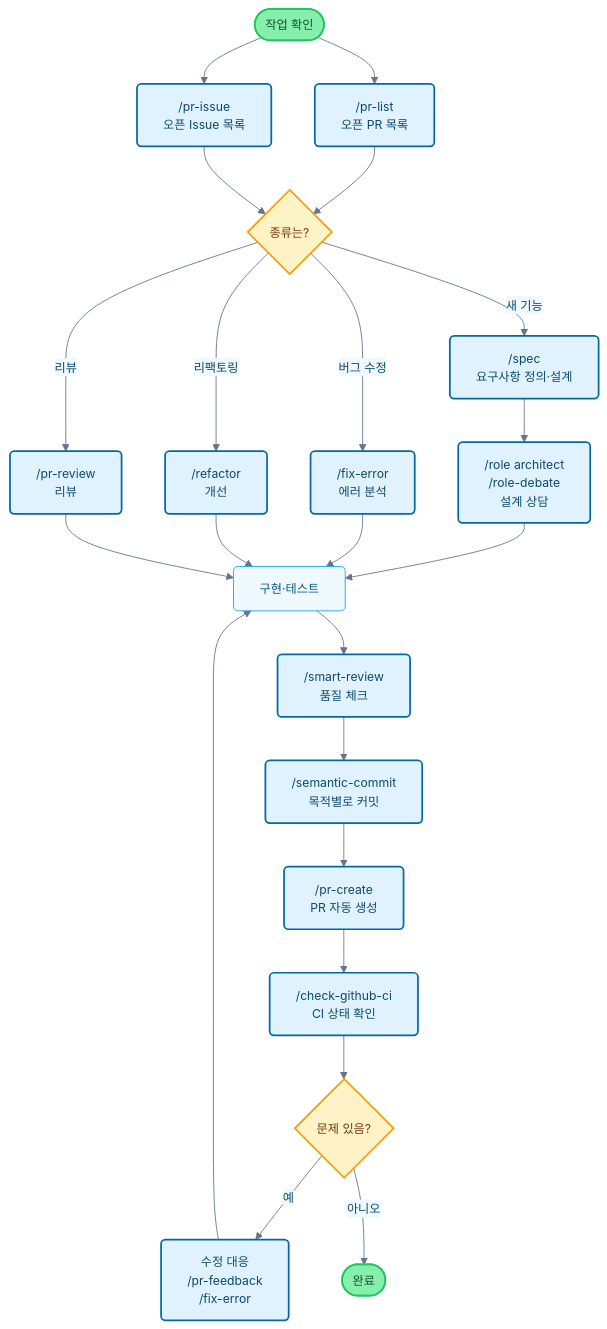
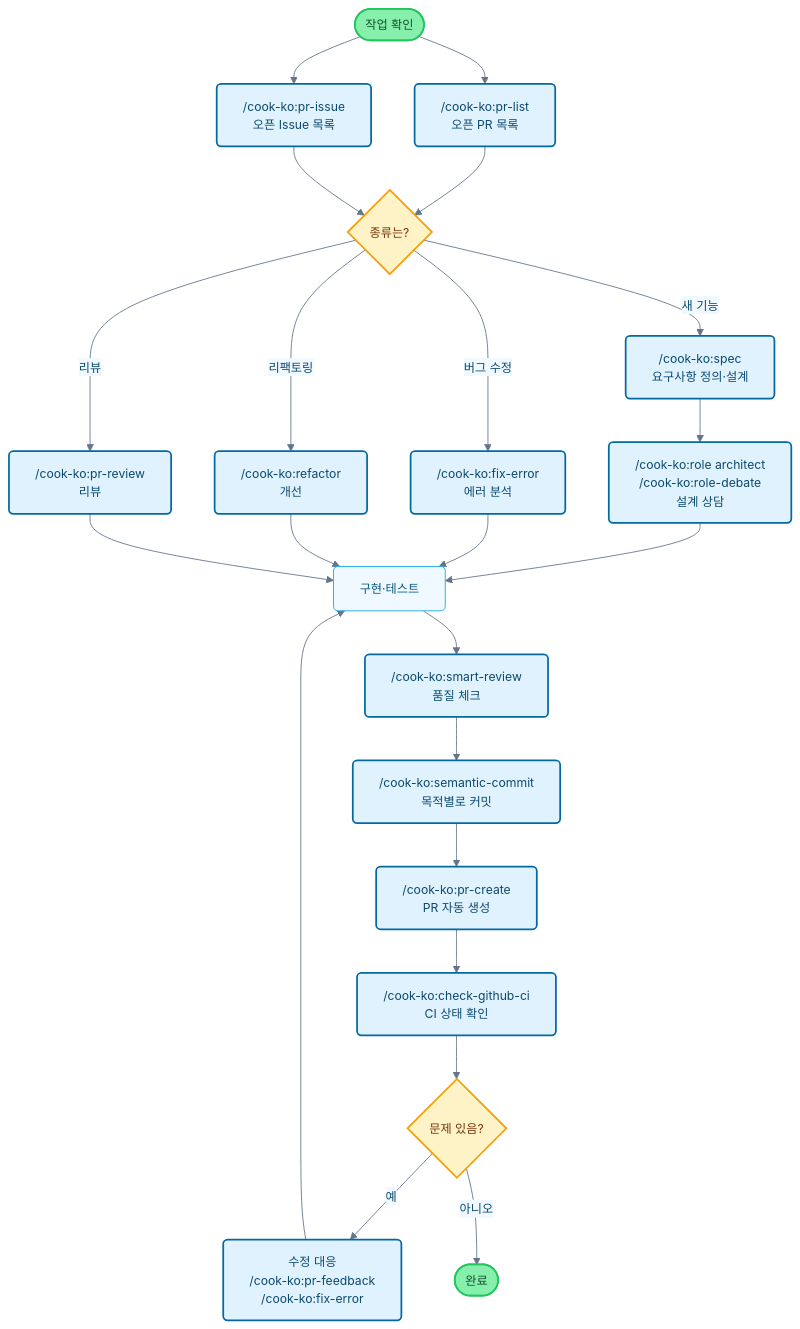
The diagram in plugins/ko/README.md (wasabeef/claude-code-cookbook), drawn with Mermaid before and after one commit. The commit also changed 8 other files, not shown here.

Commit message:
docs: add plugin namespace prefix to Mermaid flowchart commands

````diff
--- a/plugins/ko/README.md
+++ b/plugins/ko/README.md
@@ -115,42 +115,42 @@
 ```mermaid
 flowchart TB
-    Start([작업 확인]) --> PRList["/pr-list<br/>오픈 PR 목록"]
-    Start --> PRIssue["/pr-issue<br/>오픈 Issue 목록"]
+    Start([작업 확인]) --> PRList["/cook-ko:pr-list<br/>오픈 PR 목록"]
+    Start --> PRIssue["/cook-ko:pr-issue<br/>오픈 Issue 목록"]
 
     PRList --> TaskType{종류는?}
     PRIssue --> TaskType
 
-    TaskType -->|새 기능| Plan["/spec<br/>요구사항 정의·설계"]
-    TaskType -->|버그 수정| Fix["/fix-error<br/>에러 분석"]
-    TaskType -->|리팩토링| Refactor["/refactor<br/>개선"]
-    TaskType -->|리뷰| Review["/pr-review<br/>리뷰"]
+    TaskType -->|새 기능| Plan["/cook-ko:spec<br/>요구사항 정의·설계"]
+    TaskType -->|버그 수정| Fix["/cook-ko:fix-error<br/>에러 분석"]
+    TaskType -->|리팩토링| Refactor["/cook-ko:refactor<br/>개선"]
+    TaskType -->|리뷰| Review["/cook-ko:pr-review<br/>리뷰"]
 
-    Plan --> Design["/role architect<br/>/role-debate<br/>설계 상담"]
+    Plan --> Design["/cook-ko:role architect<br/>/cook-ko:role-debate<br/>설계 상담"]
     Design --> Implementation[구현·테스트]
     Fix --> Implementation
     Refactor --> Implementation
     Review --> Implementation
 
-    Implementation --> Check["/smart-review<br/>품질 체크"]
-    Check --> Commit["/semantic-commit<br/>목적별로 커밋"]
-    Commit --> PR["/pr-create<br/>PR 자동 생성"]
-    PR --> CI["/check-github-ci<br/>CI 상태 확인"]
+    Implementation --> Check["/cook-ko:smart-review<br/>품질 체크"]
+    Check --> Commit["/cook-ko:semantic-commit<br/>목적별로 커밋"]
+    Commit --> PR["/cook-ko:pr-create<br/>PR 자동 생성"]
+    PR --> CI["/cook-ko:check-github-ci<br/>CI 상태 확인"]
 
     CI --> Status{문제 있음?}
-    Status -->|예| Feedback["수정 대응<br/>/pr-feedback<br/>/fix-error"]
+    Status -->|예| Feedback["수정 대응<br/>/cook-ko:pr-feedback<br/>/cook-ko:fix-error"]
     Status -->|아니오| End([완료])
 
     Feedback --> Implementation
 
     classDef commandBox fill:#e0f2fe,stroke:#0369a1,stroke-width:2px,rx:5,ry:5,color:#0c4a6e
     classDef processBox fill:#f0f9ff,stroke:#0ea5e9,stroke-width:1px,rx:5,ry:5,color:#075985
     classDef decisionBox fill:#fef3c7,stroke:#f59e0b,stroke-width:2px,rx:5,ry:5,color:#78350f
     classDef startEnd fill:#86efac,stroke:#22c55e,stroke-width:2px,rx:20,ry:20,color:#14532d
 
     class PRList,PRIssue,Plan,Fix,Refactor,Review,Design,Check,CI,Commit,PR,Feedback commandBox
     class Implementation processBox
     class TaskType,Status decisionBox
     class Start,End startEnd
 
     %%{init: {'theme':'base', 'themeVariables': { 'primaryColor':'#e0f2fe', 'primaryTextColor':'#0c4a6e', 'primaryBorderColor':'#0369a1', 'lineColor':'#64748b', 'secondaryColor':'#f0f9ff', 'background':'#ffffff', 'mainBkg':'#ffffff', 'fontSize': '14px'}}}%%
 ```
````
